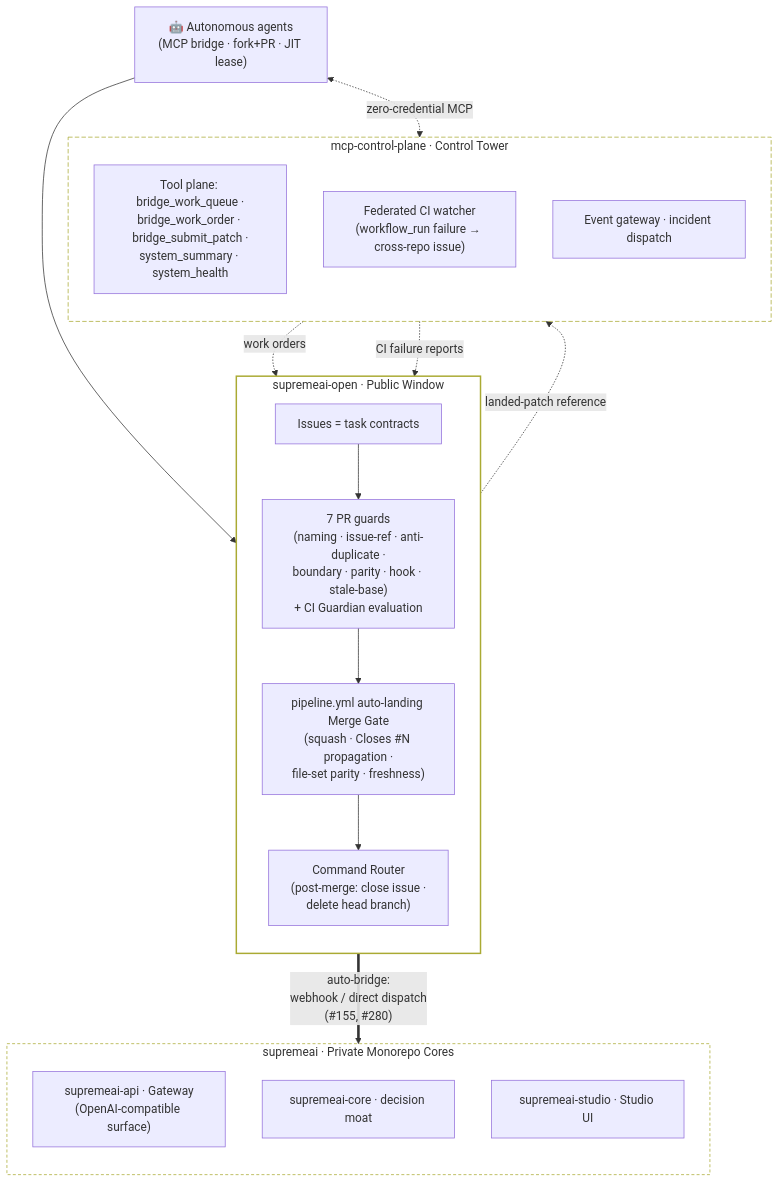
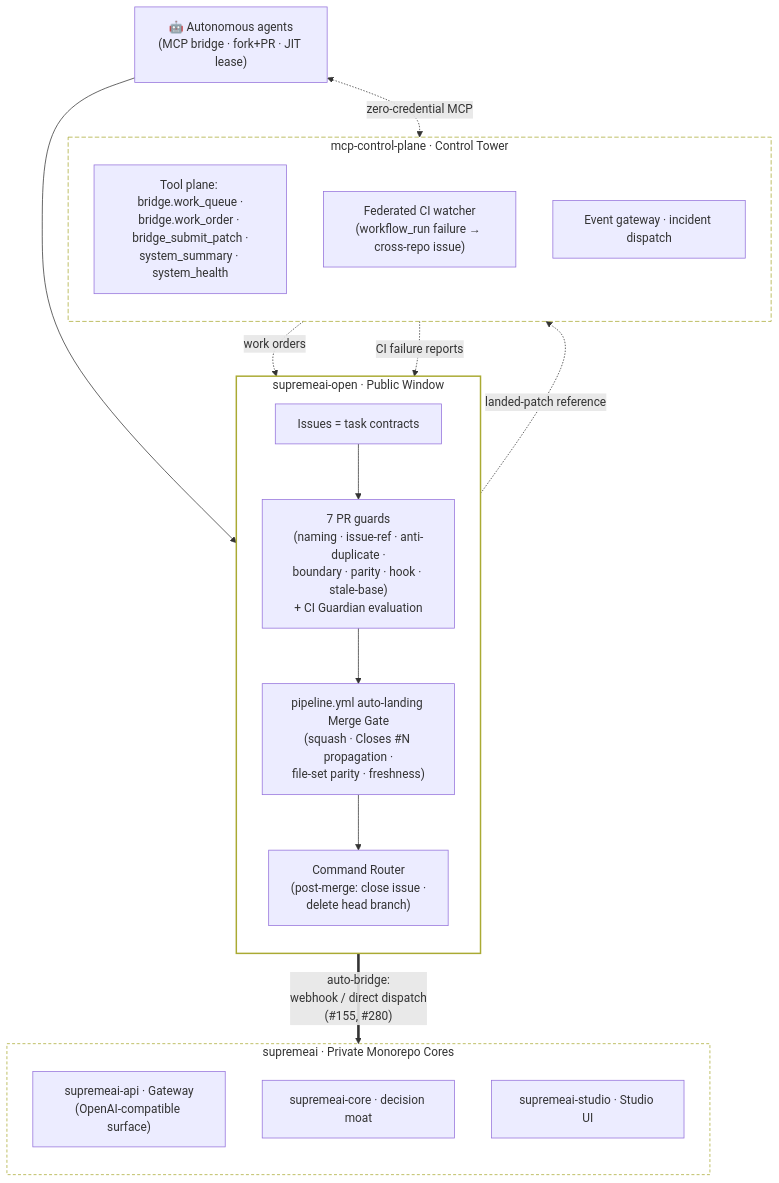
Before and after one commit to Supremeai-bd/supremeai-open: the diagram in ECOSYSTEM_MAP.md, drawn with Mermaid.

Commit message:
feat(bridge): bridge-20261030-toolname-drift-guard — update ECOSYSTEM_MAP.md

````diff
--- a/ECOSYSTEM_MAP.md
+++ b/ECOSYSTEM_MAP.md
@@ -113,39 +113,39 @@
 ```mermaid
 flowchart TB
     AGENT["🤖 Autonomous agents<br/>(MCP bridge · fork+PR · JIT lease)"]
 
     subgraph OPEN["supremeai-open · Public Window"]
         direction TB
         TASKS["Issues = task contracts"] --> GUARDS["7 PR guards<br/>(naming · issue-ref · anti-duplicate ·<br/>boundary · parity · hook · stale-base)<br/>+ CI Guardian evaluation"]
         GUARDS --> GATE["pipeline.yml auto-landing Merge Gate<br/>(squash · Closes #N propagation ·<br/>file-set parity · freshness)"]
         GATE --> ROUTER["Command Router<br/>(post-merge: close issue ·<br/>delete head branch)"]
     end
 
     subgraph TOWERBOX["mcp-control-plane · Control Tower"]
         direction TB
-        TOOLS["Tool plane: bridge_work_queue ·<br/>bridge_work_order · bridge_submit_patch ·<br/>system_summary · system_health"]
+        TOOLS["Tool plane: bridge.work_queue ·<br/>bridge.work_order · bridge_submit_patch ·<br/>system_summary · system_health"]
         WATCHER["Federated CI watcher<br/>(workflow_run failure → cross-repo issue)"]
         EVENTS["Event gateway · incident dispatch"]
     end
 
     subgraph PRIVATECORE["supremeai · Private Monorepo Cores"]
         direction TB
         API["supremeai-api · Gateway<br/>(OpenAI-compatible surface)"]
         CORE["supremeai-core · decision moat"]
         STUDIO["supremeai-studio · Studio UI"]
     end
 
     AGENT --> TASKS
     AGENT <-.->|"zero-credential MCP"| TOOLS
     TOOLS -.->|work orders| TASKS
     GATE ==>|"auto-bridge:<br/>webhook / direct dispatch<br/>(#155, #280)"| PRIVATECORE
     WATCHER -.->|CI failure reports| OPEN
     GATE -.->|landed-patch reference| EVENTS
 
     classDef publicbox fill:none,stroke-width:2px;
     classDef towerbox fill:none,stroke-dasharray:6 3;
     classDef privatebox fill:none,stroke-dasharray:4 3;
     class OPEN publicbox;
     class TOWERBOX towerbox;
     class PRIVATECORE privatebox;
 ```
````
